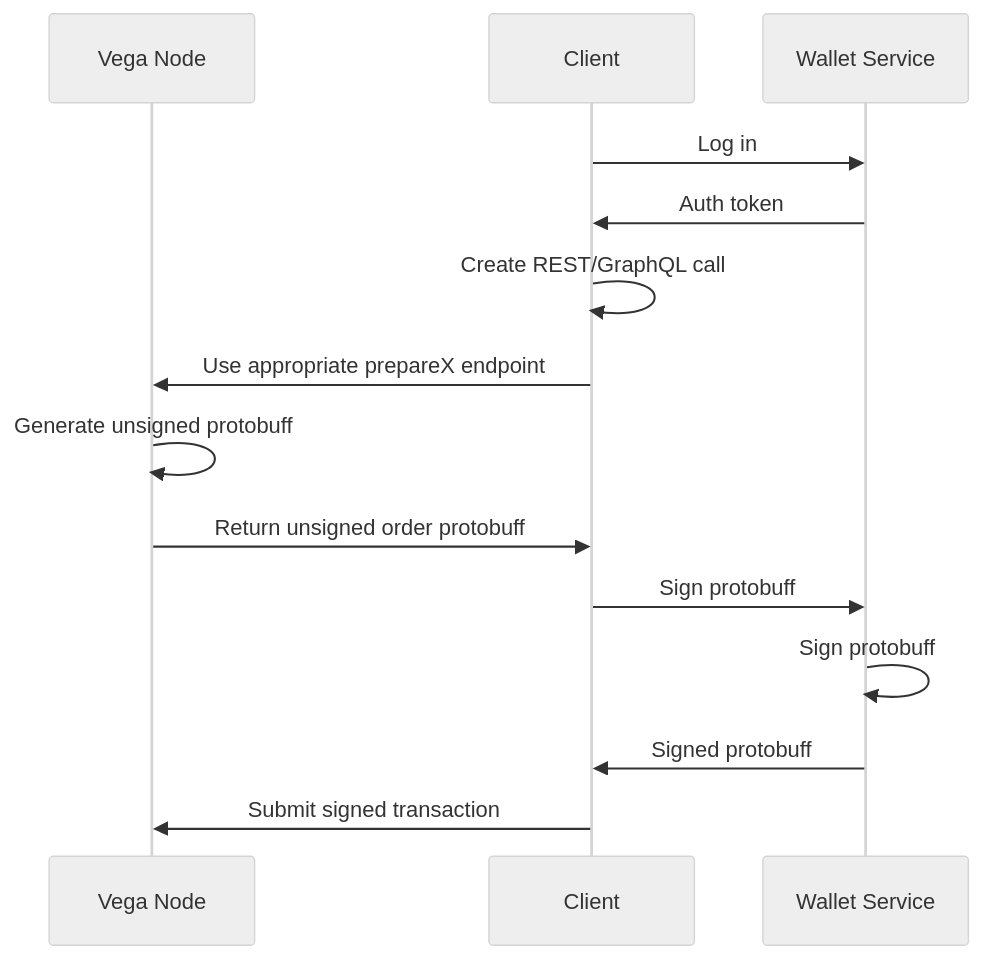
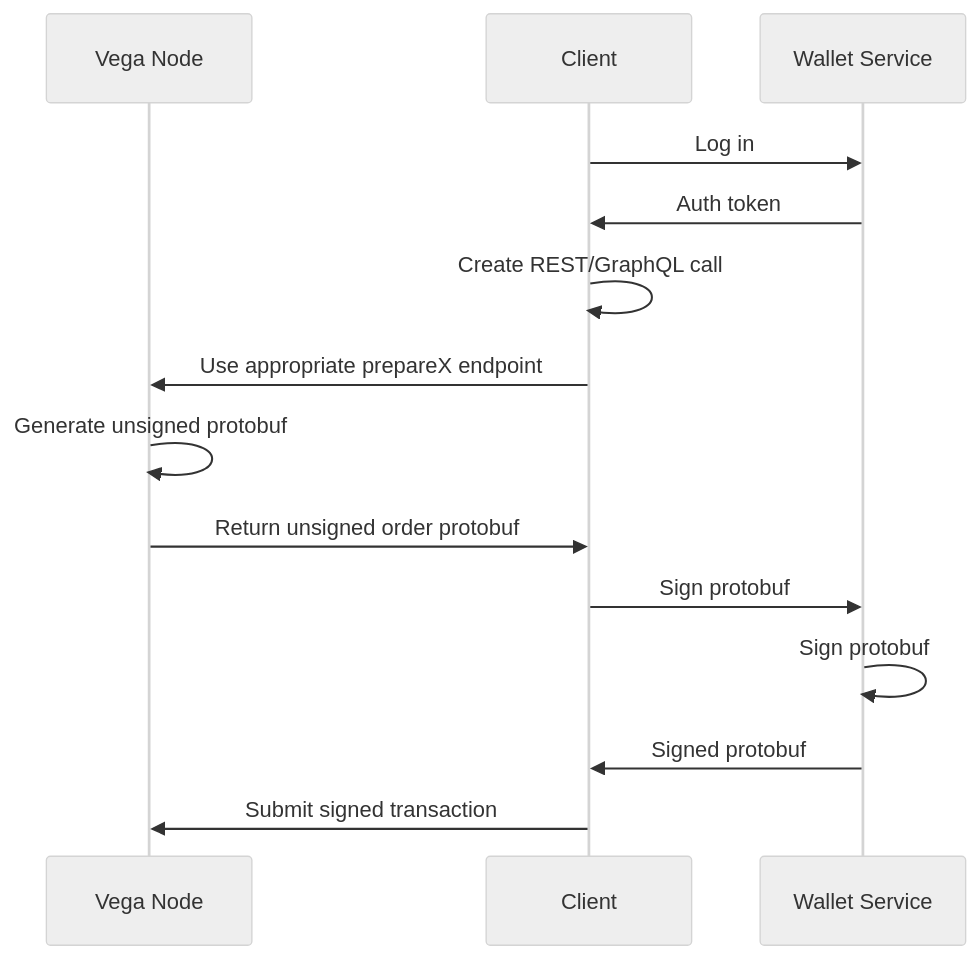
One commit to vegaprotocol/vega changed the first of 4 diagrams in docs/authentication-and-signing.md. Above: the diagram before and after it, drawn with Mermaid (neutral theme). The commit also changed other lines of this file and 2 other files, not shown here.

Commit message:
Document traderbot using interalised wallet service (#792)

````diff
--- a/docs/authentication-and-signing.md
+++ b/docs/authentication-and-signing.md
@@ -14,17 +14,17 @@
 ```mermaid
 sequenceDiagram
     participant Vega Node
     participant Client
     participant Wallet Service
 
 	Client->>Wallet Service: Log in
 	Wallet Service->>Client: Auth token
 	Client->>Client: Create REST/GraphQL call
 	Client->>Vega Node: Use appropriate prepareX endpoint
-	Vega Node->>Vega Node: Generate unsigned protobuff
-	Vega Node->>Client: Return unsigned order protobuff
-	Client->>Wallet Service: Sign protobuff
-	Wallet Service->>Wallet Service: Sign protobuff
-	Wallet Service->>Client: Signed protobuff
+	Vega Node->>Vega Node: Generate unsigned protobuf
+	Vega Node->>Client: Return unsigned order protobuf
+	Client->>Wallet Service: Sign protobuf
+	Wallet Service->>Wallet Service: Sign protobuf
+	Wallet Service->>Client: Signed protobuf
 	Client->>Vega Node: Submit signed transaction
 ```
````
